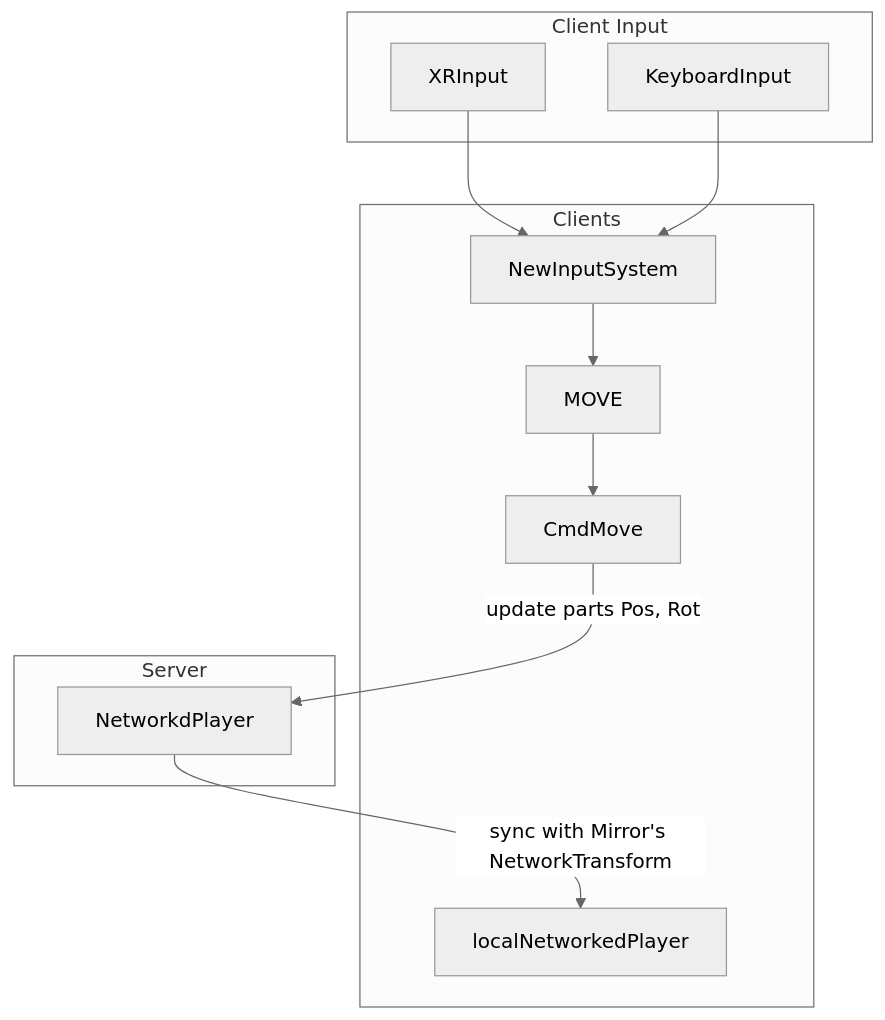
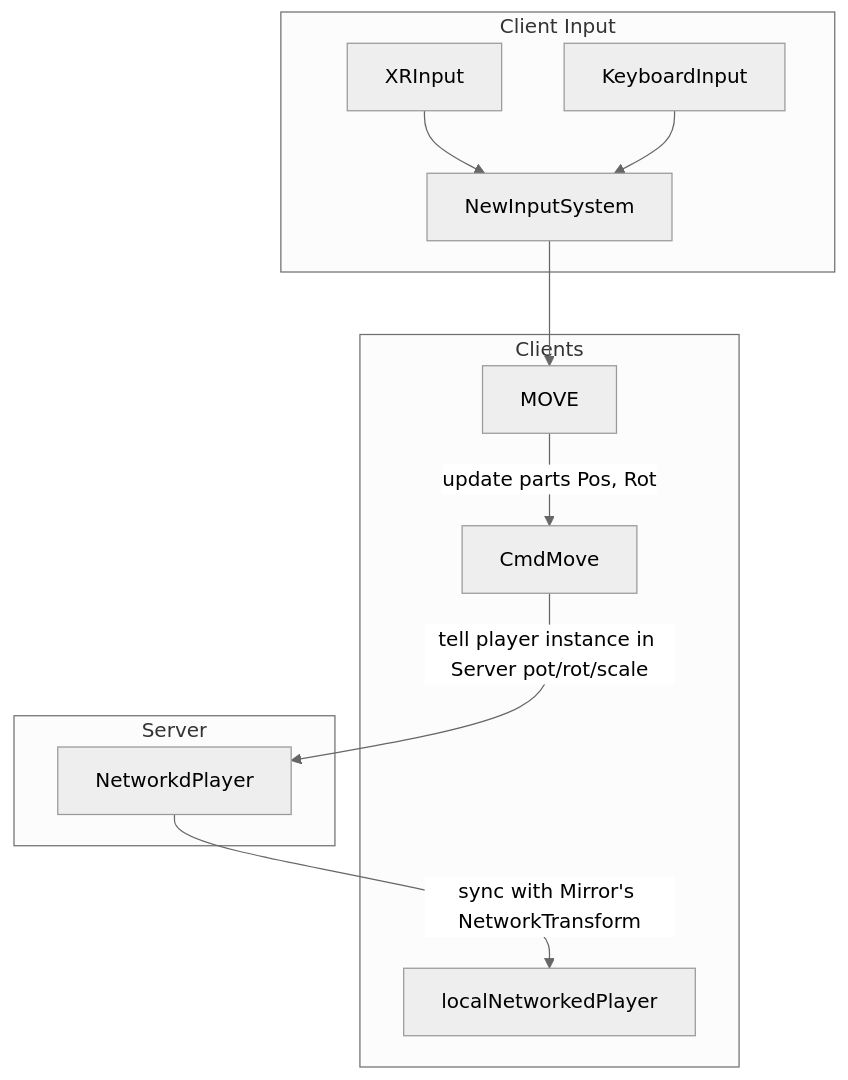
Before and after one commit to hyperbting/meta-mirror-playground: the second of 2 diagrams in README.md, drawn with Mermaid (neutral theme). The commit also changed other lines of this file, not shown here.

````diff
--- a/README.md
+++ b/README.md
@@ -3,18 +22,18 @@
 ```mermaid
 flowchart TD
     subgraph  Client Input
     A[XRInput]
-    C[KeyboardInput] 
-    end
-    subgraph  Clients
+    C[KeyboardInput]
     B[NewInputSystem]
     A --> B
     C --> B
+    end
+    subgraph  Clients
     B --> D[MOVE]
-    D --> E[CmdMove]
+    D --update parts Pos, Rot--> E[CmdMove]
     P[localNetworkedPlayer]
     end
     subgraph  Server
-    E --update parts Pos, Rot--> F[NetworkdPlayer] -- sync with Mirror's NetworkTransform --> P
+    E --tell player instance in Server pot/rot/scale--> F[NetworkdPlayer] -- sync with Mirror's NetworkTransform --> P
     end
 ```
````
